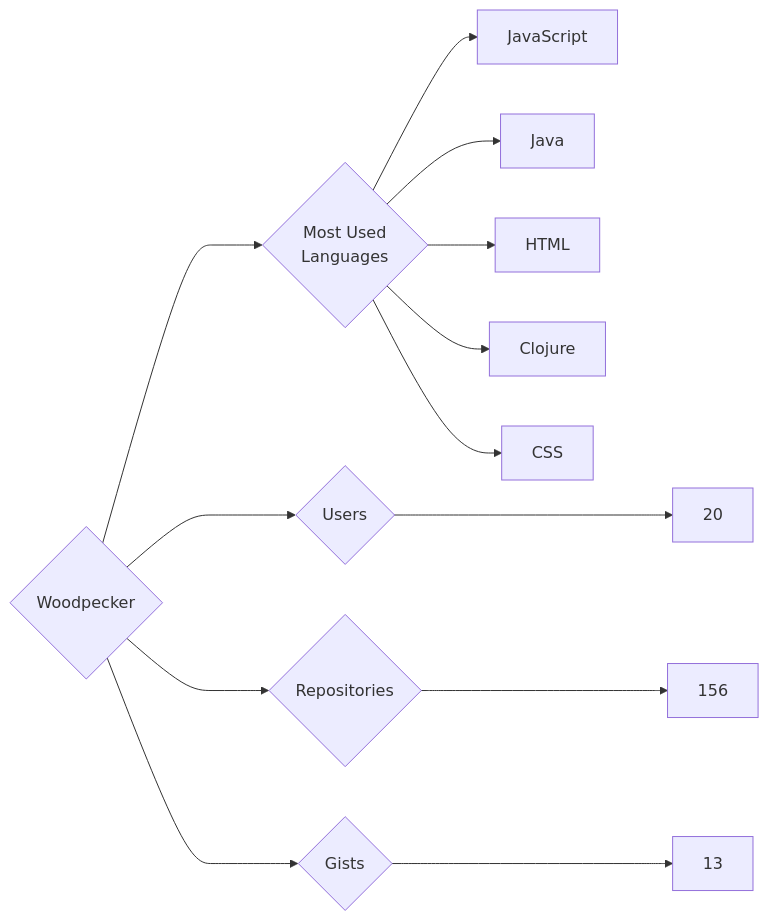
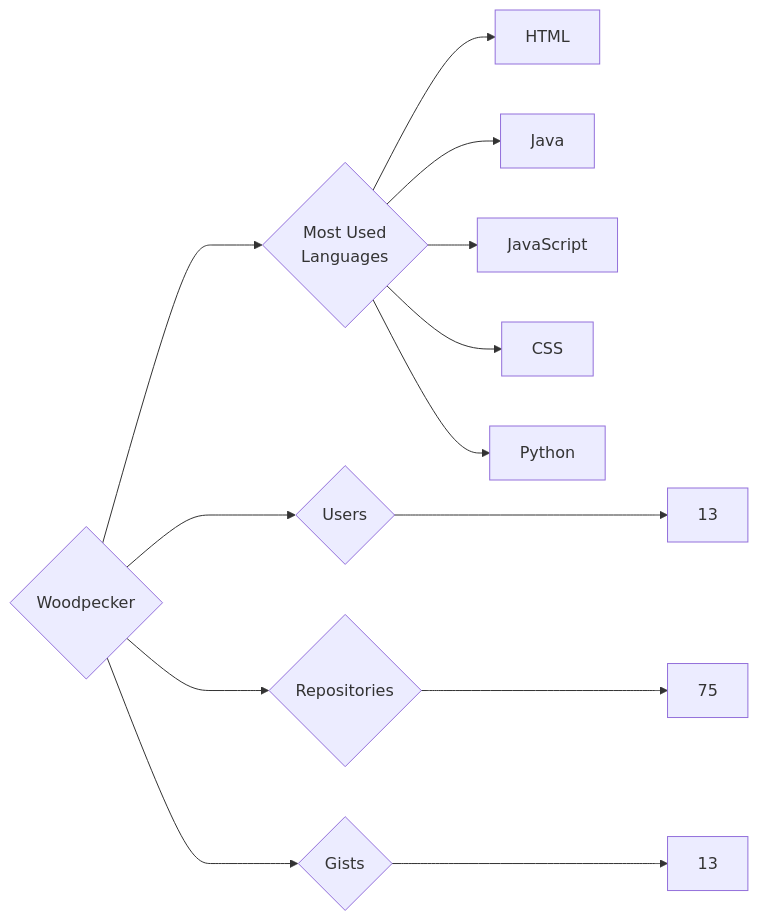
One commit to trickest/insiders changed the diagram in targets/Woodpecker/README.md. Above: the diagram before and after it, drawn with Mermaid. The commit also changed 953 other files, not shown here.

````diff
--- a/targets/Woodpecker/README.md
+++ b/targets/Woodpecker/README.md
@@ -3,13 +3,13 @@
 ```mermaid
 graph LR
 COMPANY_NAME{Woodpecker}
-COMPANY_NAME ---> U{Users} ---> UN[20]
-COMPANY_NAME ---> R{Repositories} ---> RN[156]
+COMPANY_NAME ---> U{Users} ---> UN[13]
+COMPANY_NAME ---> R{Repositories} ---> RN[75]
 COMPANY_NAME ---> G{Gists} ---> GN[13]
 COMPANY_NAME ---> ML{Most Used<br>Languages}
+ML --> HTML[HTML]
+ML --> Java[Java]
 ML --> JavaScript[JavaScript]
-ML --> Java[Java]
-ML --> HTML[HTML]
-ML --> Clojure[Clojure]
 ML --> CSS[CSS]
+ML --> Python[Python]
 ```
````
